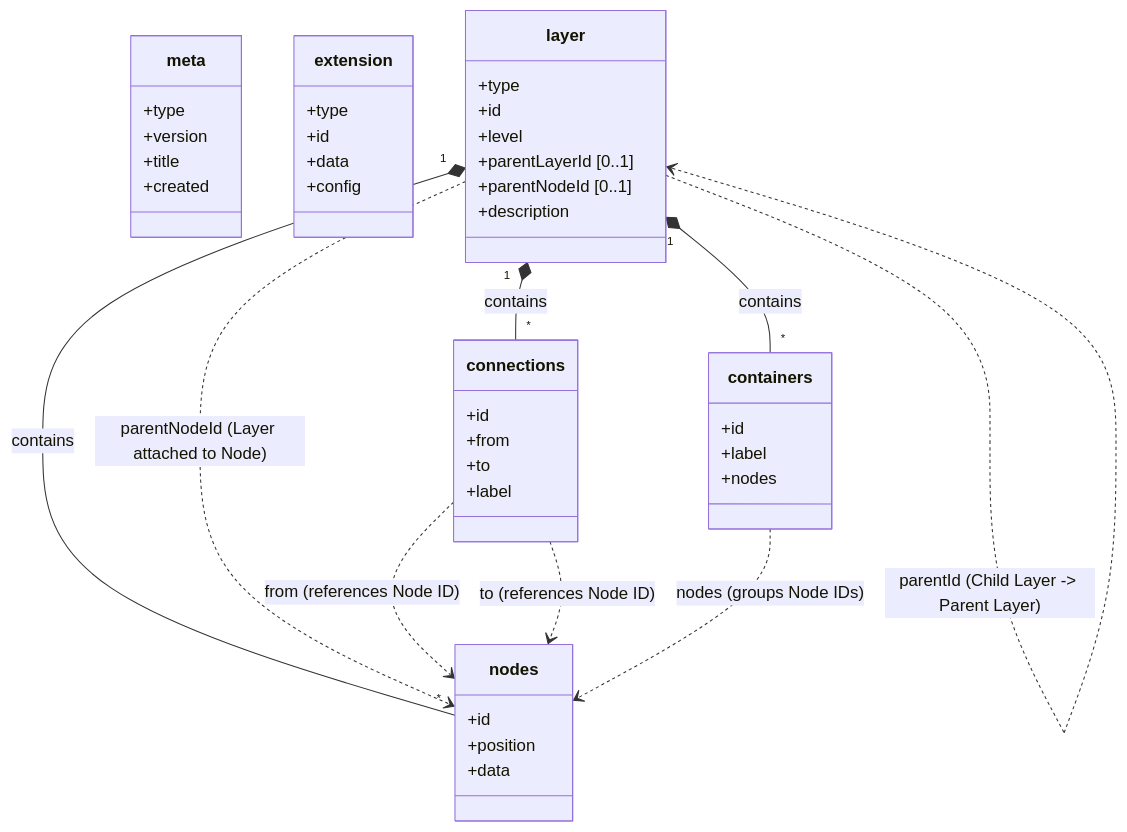
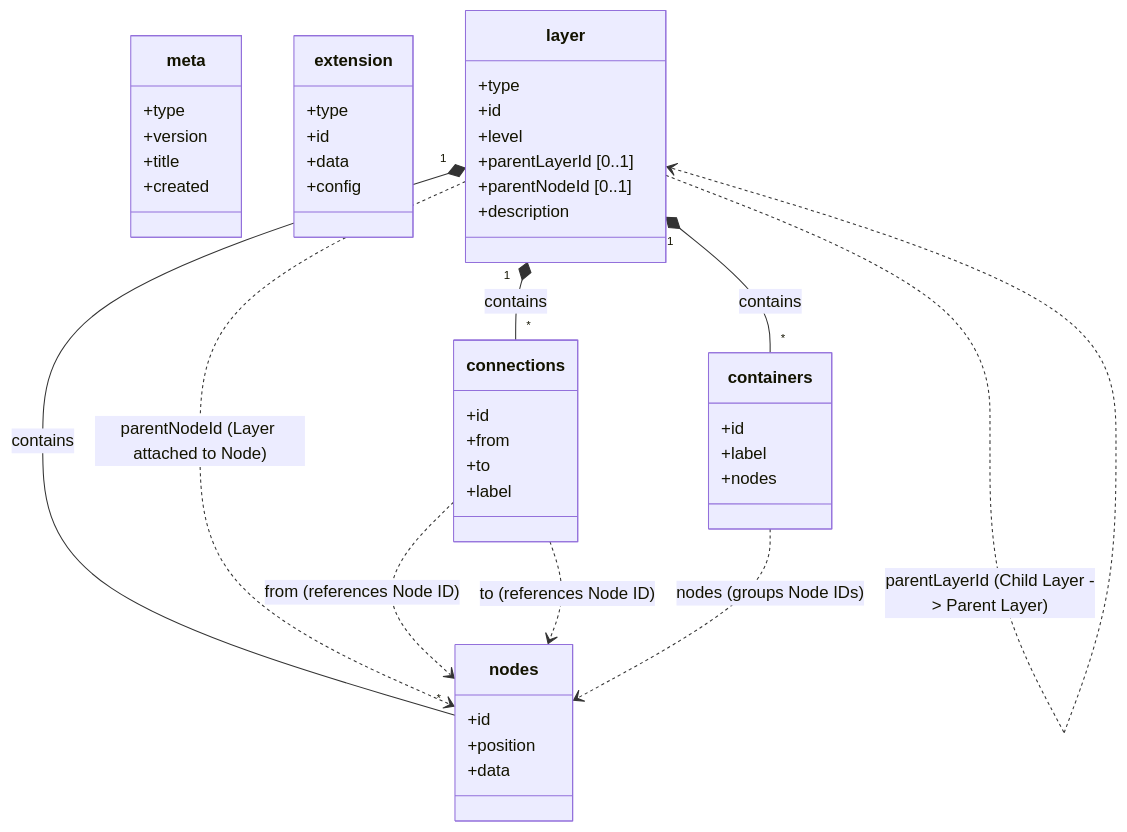
Before and after one commit to visualli-ai/spec: the diagram in docs/core.md, drawn with Mermaid. The commit also changed 1 other file, not shown here.

Commit message:
docs: rename parentId to parentLayerId in schema and core docs

````diff
--- a/docs/core.md
+++ b/docs/core.md
@@ -45,66 +45,66 @@
 ```mermaid
 classDiagram
     %% Meta Information (Line 1)
     class meta {
         +type
         +version
         +title
         +created
     }
 
     %% Extension Entity (Lines 2..M - Optional)
     class extension {
         +type
         +id
         +data
         +config
     }
 
     %% Layer Entity (Lines M+1..N)
     class layer {
         +type
         +id
         +level
         +parentLayerId [0..1]
         +parentNodeId [0..1]
         +description
     }
 
     %% Node Entity (Embedded in Layer)
     class nodes {
         +id
         +position
         +data
     }
 
     %% Connection Entity (Embedded in Layer)
     class connections {
         +id
         +from
         +to
         +label
     }
 
     %% Container Entity (Embedded in Layer)
     class containers {
         +id
         +label
         +nodes
     }
 
     %% Relationships
     layer "1" *-- "*" nodes : contains
     layer "1" *-- "*" connections : contains
     layer "1" *-- "*" containers : contains
     
     %% Hierarchical Links
-    layer ..> layer : parentId (Child Layer -> Parent Layer)
+    layer ..> layer : parentLayerId (Child Layer -> Parent Layer)
     layer ..> nodes : parentNodeId (Layer attached to Node)
     
     %% Connection Links
     connections ..> nodes : from (references Node ID)
     connections ..> nodes : to (references Node ID)
 
     %% Container Links
     containers ..> nodes : nodes (groups Node IDs)
 ```
````
